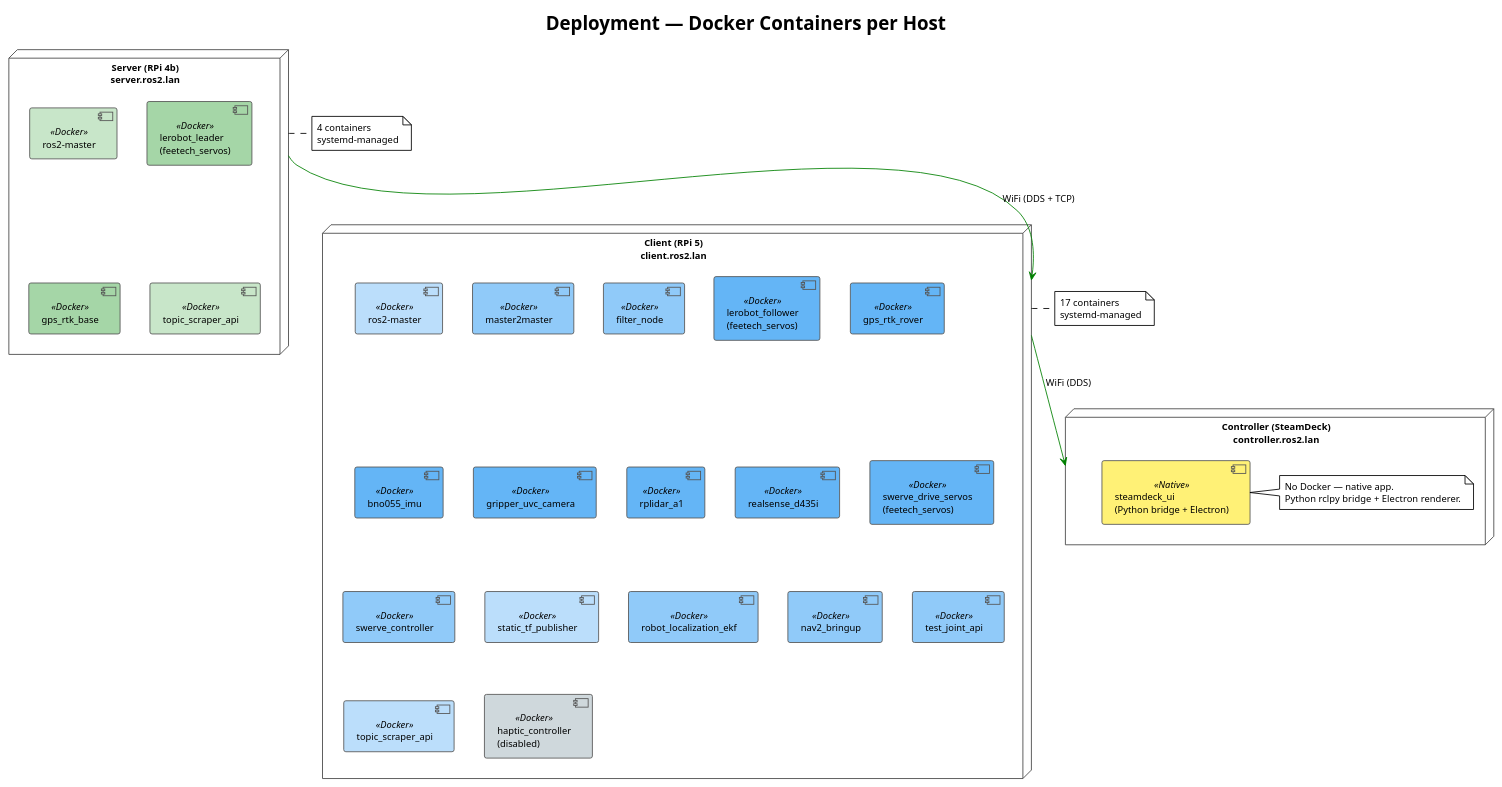
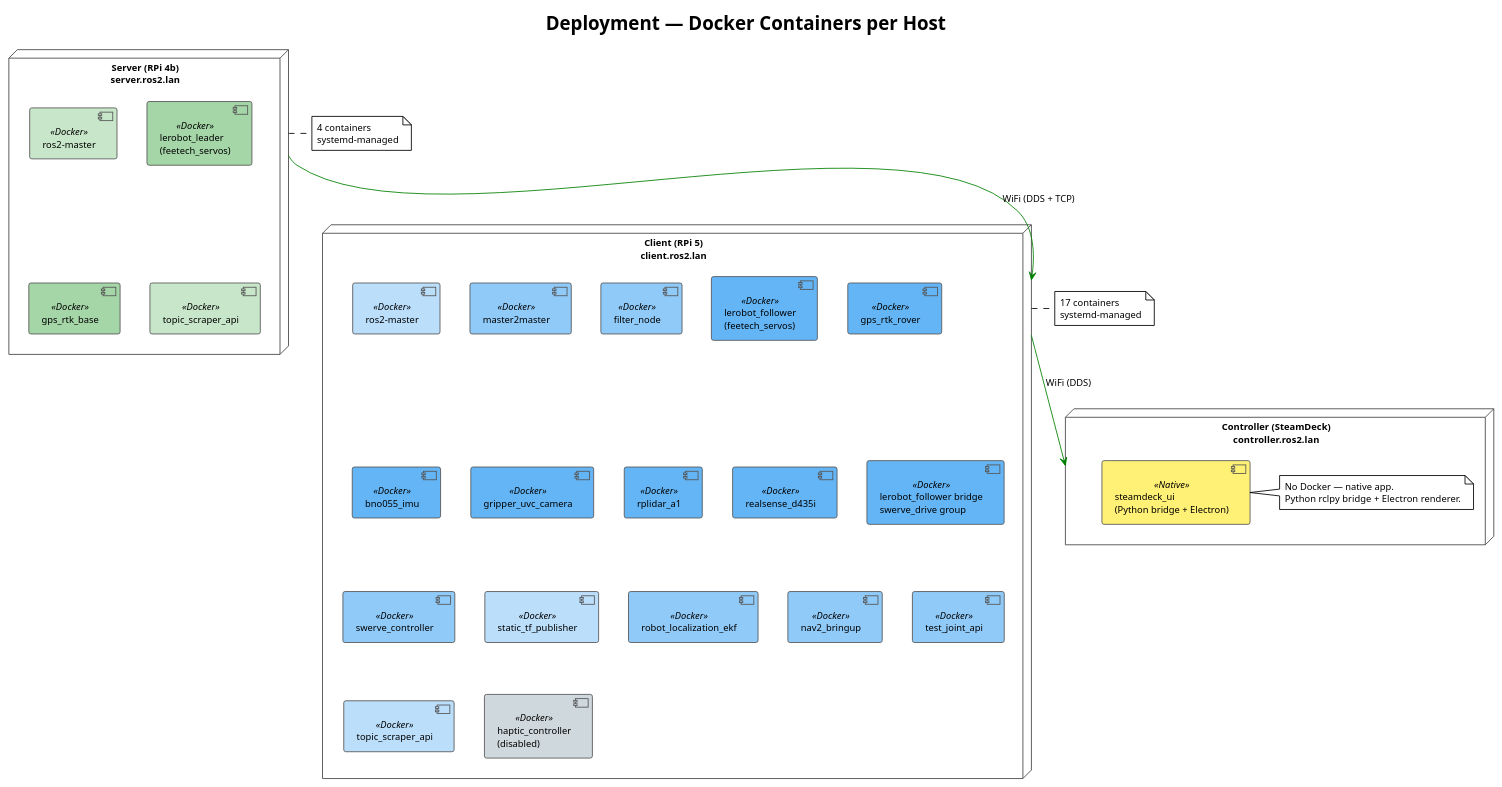
One commit to szymonrychu/ros2-lerobot-swerve-platform changed the diagram in docs/diagrams/deployment.puml. Above: the diagram before and after it, drawn with PlantUML. The commit also changed 13 other files, not shown here.

Commit message:
docs: swerve platform dimensions, swerve_diag.sh, updated node/test docs and diagrams

```diff
--- a/docs/diagrams/deployment.puml
+++ b/docs/diagrams/deployment.puml
@@ -1,58 +1,58 @@
 @startuml deployment
 !theme plain
 skinparam backgroundColor white
 skinparam defaultFontSize 11
 skinparam nodeBorderColor #444
 skinparam componentBorderColor #555
 
 title Deployment — Docker Containers per Host
 
 node "Server (RPi 4b)\nserver.ros2.lan" as server {
   component "ros2-master" as sm <<Docker>> #C8E6C9
   component "lerobot_leader\n(feetech_servos)" as sl <<Docker>> #A5D6A7
   component "gps_rtk_base" as sg <<Docker>> #A5D6A7
   component "topic_scraper_api" as ss <<Docker>> #C8E6C9
 }
 
 node "Client (RPi 5)\nclient.ros2.lan" as client {
   component "ros2-master" as cm <<Docker>> #BBDEFB
   component "master2master" as cmm <<Docker>> #90CAF9
   component "filter_node" as cf <<Docker>> #90CAF9
   component "lerobot_follower\n(feetech_servos)" as clf <<Docker>> #64B5F6
   component "gps_rtk_rover" as cg <<Docker>> #64B5F6
   component "bno055_imu" as ci <<Docker>> #64B5F6
   component "gripper_uvc_camera" as cc <<Docker>> #64B5F6
   component "rplidar_a1" as cr <<Docker>> #64B5F6
   component "realsense_d435i" as cre <<Docker>> #64B5F6
-  component "swerve_drive_servos\n(feetech_servos)" as css <<Docker>> #64B5F6
+  component "lerobot_follower bridge\nswerve_drive group" as css <<Docker>> #64B5F6
   component "swerve_controller" as csc <<Docker>> #90CAF9
   component "static_tf_publisher" as ctf <<Docker>> #BBDEFB
   component "robot_localization_ekf" as cekf <<Docker>> #90CAF9
   component "nav2_bringup" as cnav <<Docker>> #90CAF9
   component "test_joint_api" as ct <<Docker>> #90CAF9
   component "topic_scraper_api" as cs <<Docker>> #BBDEFB
   component "haptic_controller\n(disabled)" as ch <<Docker>> #CFD8DC
 }
 
 node "Controller (SteamDeck)\ncontroller.ros2.lan" as controller {
   component "steamdeck_ui\n(Python bridge + Electron)" as csd <<Native>> #FFF176
   note right of csd
     No Docker — native app.
     Python rclpy bridge + Electron renderer.
   end note
 }
 
 server -[#green]-> client : WiFi (DDS + TCP)
 client -[#green]-> controller : WiFi (DDS)
 
 note right of server
   4 containers
   systemd-managed
 end note
 
 note right of client
   17 containers
   systemd-managed
 end note
 
 @enduml
```
